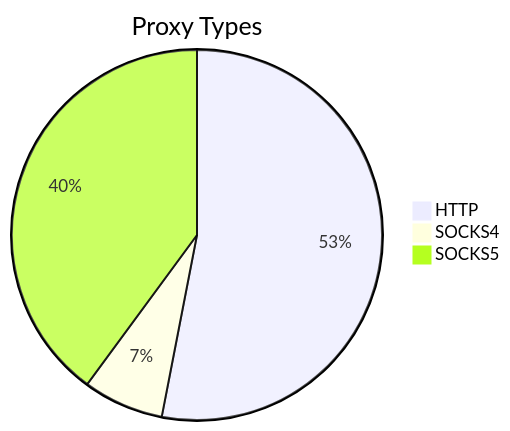
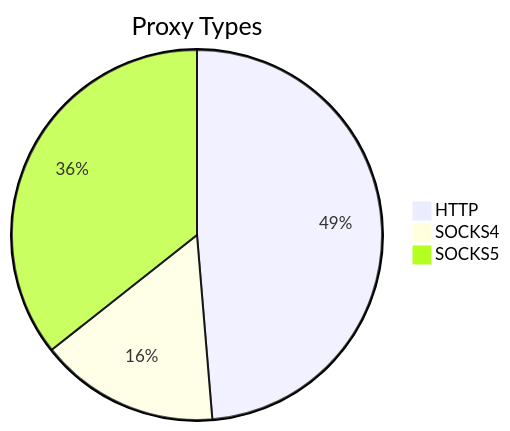
One commit to stormsia/proxy-list changed the first of 2 diagrams in README.md. Above: the diagram before and after it, drawn with Mermaid. The commit also changed other lines of this file, not shown here.

````diff
--- a/README.md
+++ b/README.md
@@ -21,6 +21,6 @@
 ```mermaid
 pie title Proxy Types
-    "HTTP" : 113
-    "SOCKS4" : 15
-    "SOCKS5" : 85
+    "HTTP" : 239
+    "SOCKS4" : 77
+    "SOCKS5" : 175
 ```
````
